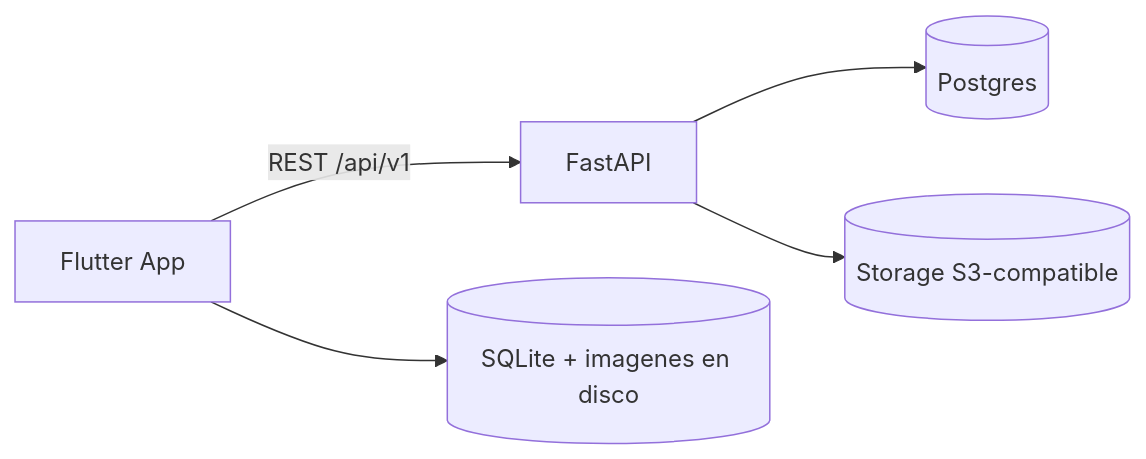
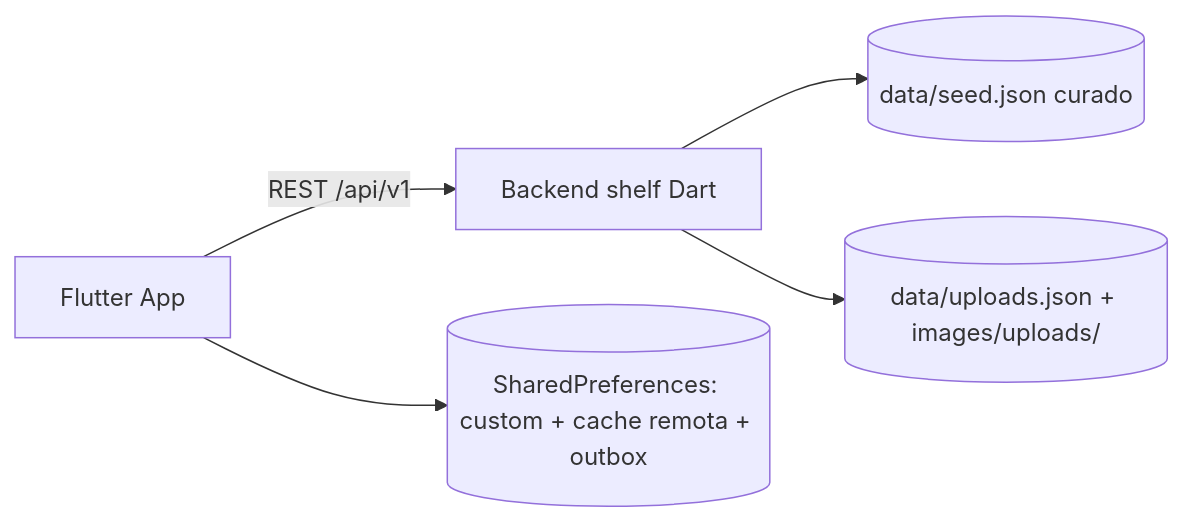
Before and after one commit to octamoyanoo/pictocomm: the diagram in docs/architecture/architecture.md, drawn with Mermaid. The commit also changed other lines of this file and 2 other files, not shown here.

Commit message:
docs: architecture.md actualizado a la arquitectura vigente (v2) y REQ-CAT-02/REQ-BCK-02 al estado implementado

````diff
--- a/docs/architecture/architecture.md
+++ b/docs/architecture/architecture.md
@@ -38,7 +45,7 @@
 ```mermaid
 flowchart LR
-    APP[Flutter App] -->|REST /api/v1| API[FastAPI]
-    API --> DB[(Postgres)]
-    API --> S3[(Storage S3-compatible)]
-    APP --> CACHE[(SQLite + imagenes en disco)]
+    APP[Flutter App] -->|REST /api/v1| API[Backend shelf Dart]
+    API --> SEED[(data/seed.json curado)]
+    API --> UPLOADS[(data/uploads.json + images/uploads/)]
+    APP --> LOCAL[(SharedPreferences: custom + cache remota + outbox)]
 ```
````
